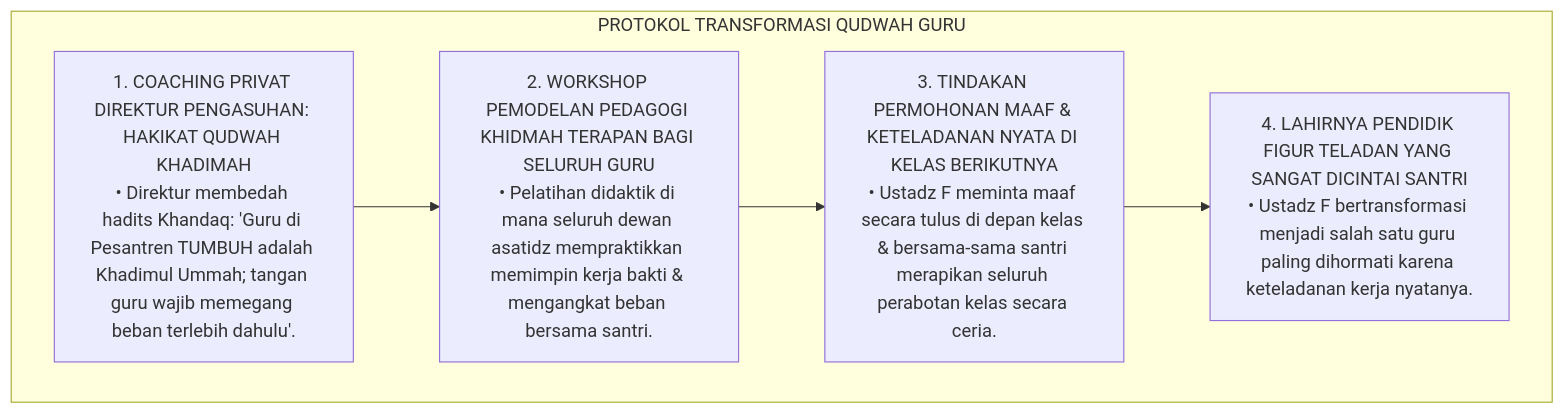
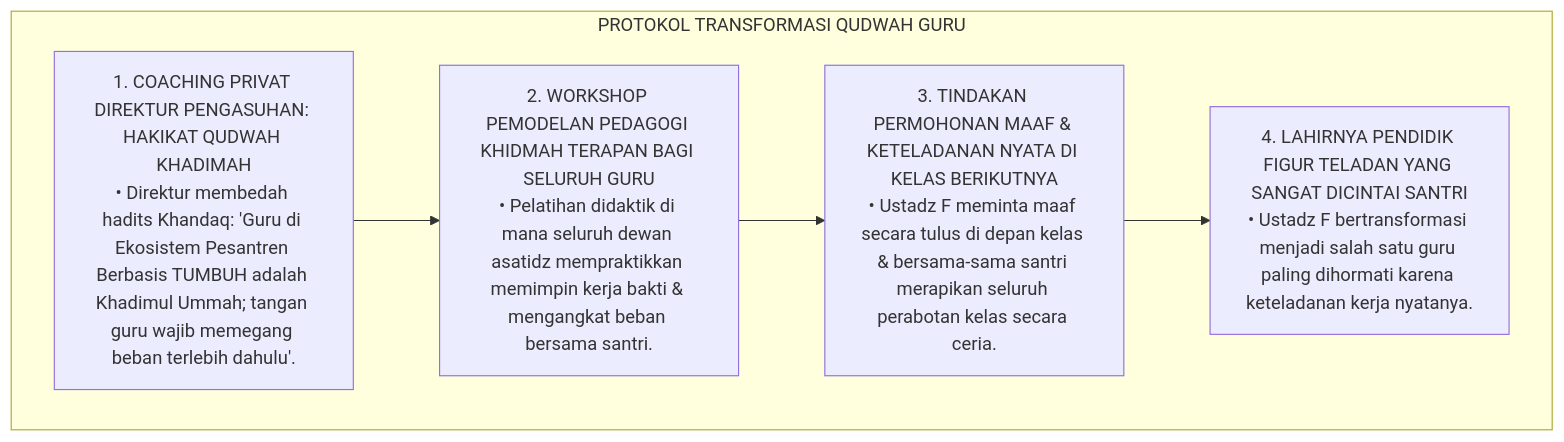
One commit to wandiapriliyandi/tumbuh changed the fifth of 8 diagrams in 03 Capacity Framework/13 Nafi'un Lighairih/P3-13-12-Metode-Pedagogi-dan-Didaktik-Kemanfaatan.md. Above: the diagram before and after it, drawn with Mermaid. The commit also changed other lines of this file and 605 other files, not shown here.

Commit message:
refactor: standarisasi penyebutan TUMBUH sebagai sistem pembinaan pesantren di seluruh naskah

````diff
--- a/03 Capacity Framework/13 Nafi'un Lighairih/P3-13-12-Metode-Pedagogi-dan-Didaktik-Kemanfaatan.md
+++ b/03 Capacity Framework/13 Nafi'un Lighairih/P3-13-12-Metode-Pedagogi-dan-Didaktik-Kemanfaatan.md
@@ -136,14 +136,14 @@
 ```mermaid
 flowchart TD
     subgraph ProtokolTransformasiQudwahGuru["PROTOKOL TRANSFORMASI QUDWAH GURU"]
-        TahapA["1. COACHING PRIVAT DIREKTUR PENGASUHAN: HAKIKAT QUDWAH KHADIMAH<br/>• Direktur membedah hadits Khandaq: 'Guru di Pesantren TUMBUH adalah Khadimul Ummah; tangan guru wajib memegang beban terlebih dahulu'."]
+        TahapA["1. COACHING PRIVAT DIREKTUR PENGASUHAN: HAKIKAT QUDWAH KHADIMAH<br/>• Direktur membedah hadits Khandaq: 'Guru di Ekosistem Pesantren Berbasis TUMBUH adalah Khadimul Ummah; tangan guru wajib memegang beban terlebih dahulu'."]
         
         TahapB["2. WORKSHOP PEMODELAN PEDAGOGI KHIDMAH TERAPAN BAGI SELURUH GURU<br/>• Pelatihan didaktik di mana seluruh dewan asatidz mempraktikkan memimpin kerja bakti & mengangkat beban bersama santri."]
         
         TahapC["3. TINDAKAN PERMOHONAN MAAF & KETELADANAN NYATA DI KELAS BERIKUTNYA<br/>• Ustadz F meminta maaf secara tulus di depan kelas & bersama-sama santri merapikan seluruh perabotan kelas secara ceria."]
         
         TahapD["4. LAHIRNYA PENDIDIK FIGUR TELADAN YANG SANGAT DICINTAI SANTRI<br/>• Ustadz F bertransformasi menjadi salah satu guru paling dihormati karena keteladanan kerja nyatanya."]
         
         TahapA --> TahapB --> TahapC --> TahapD
     end
 ```
````
